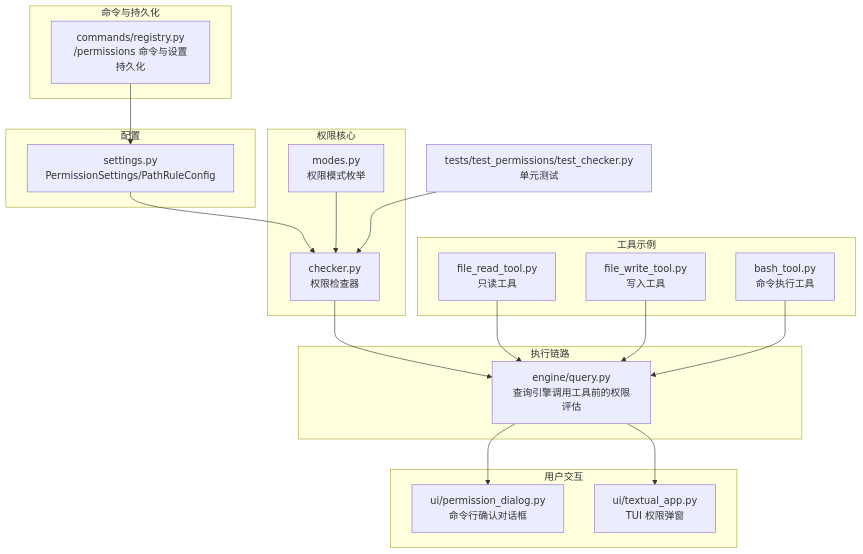
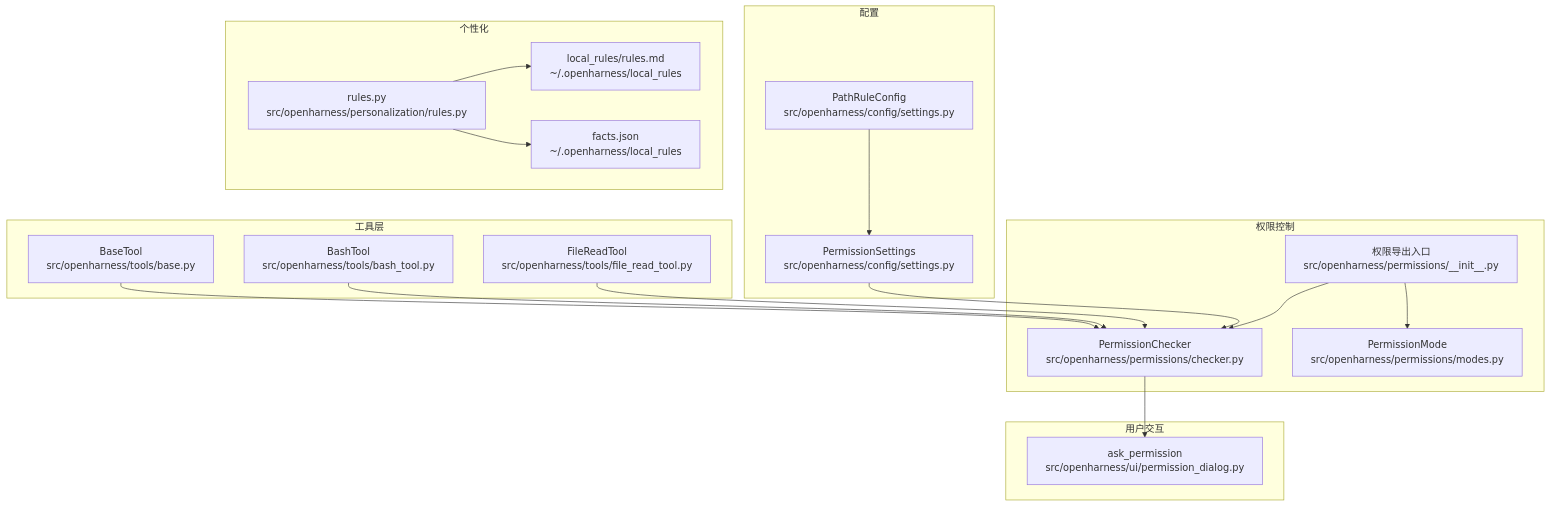
Before and after one commit to haolange/OpenHarness: the first of 4 diagrams in .qoder/repowiki/zh/content/核心概念/权限控制系统.md, drawn with Mermaid. The commit also changed other lines of this file and 222 other files, not shown here.

````diff
--- a/.qoder/repowiki/zh/content/核心概念/权限控制系统.md
+++ b/.qoder/repowiki/zh/content/核心概念/权限控制系统.md
@@ -43,36 +41,35 @@
 ```mermaid
 graph TB
-subgraph "权限核心"
-A["checker.py<br/>权限检查器"]
-B["modes.py<br/>权限模式枚举"]
+subgraph "权限控制"
+PC["PermissionChecker<br/>src/openharness/permissions/checker.py"]
+PM["PermissionMode<br/>src/openharness/permissions/modes.py"]
+PI["权限导出入口<br/>src/openharness/permissions/__init__.py"]
 end
 subgraph "配置"
-C["settings.py<br/>PermissionSettings/PathRuleConfig"]
+PS["PermissionSettings<br/>src/openharness/config/settings.py"]
+PR["PathRuleConfig<br/>src/openharness/config/settings.py"]
 end
-subgraph "执行链路"
-D["engine/query.py<br/>查询引擎调用工具前的权限评估"]
+subgraph "工具层"
+BT["BaseTool<br/>src/openharness/tools/base.py"]
+BASH["BashTool<br/>src/openharness/tools/bash_tool.py"]
+READ["FileReadTool<br/>src/openharness/tools/file_read_tool.py"]
 end
 subgraph "用户交互"
-E["ui/permission_dialog.py<br/>命令行确认对话框"]
-F["ui/textual_app.py<br/>TUI 权限弹窗"]
+PD["ask_permission<br/>src/openharness/ui/permission_dialog.py"]
 end
-subgraph "工具示例"
-G["file_read_tool.py<br/>只读工具"]
-H["file_write_tool.py<br/>写入工具"]
-I["bash_tool.py<br/>命令执行工具"]
+subgraph "个性化"
+LR["local_rules/rules.md<br/>~/.openharness/local_rules"]
+LF["facts.json<br/>~/.openharness/local_rules"]
+RU["rules.py<br/>src/openharness/personalization/rules.py"]
 end
-subgraph "命令与持久化"
-J["commands/registry.py<br/>/permissions 命令与设置持久化"]
-end
-K["tests/test_permissions/test_checker.py<br/>单元测试"]
-C --> A
-B --> A
-A --> D
-D --> E
-D --> F
-G --> D
-H --> D
-I --> D
-J --> C
-K --> A
+PI --> PC
+PI --> PM
+PS --> PC
+PR --> PS
+BT --> PC
+BASH --> PC
+READ --> PC
+PC --> PD
+RU --> LR
+RU --> LF
 ```
````
